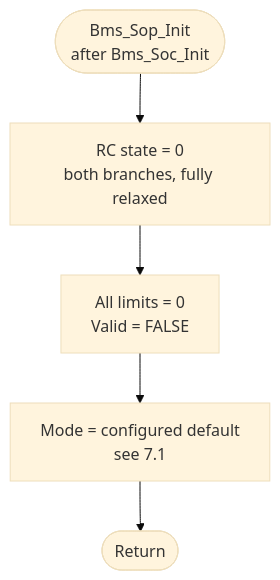
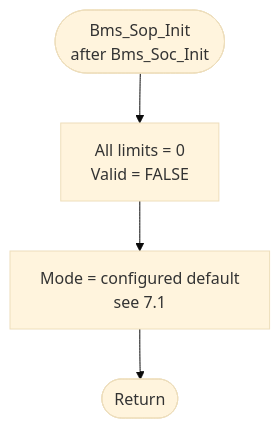
One commit to jsivolt/BMS_demo changed the sixth of 6 diagrams in src/battery/SOP_DESIGN.md. Above: the diagram before and after it, drawn with Mermaid (base theme). The commit also changed other lines of this file, not shown here.

````diff
--- a/src/battery/SOP_DESIGN.md
+++ b/src/battery/SOP_DESIGN.md
@@ -628,7 +476,6 @@
 ```mermaid
 flowchart TD
-    START(["Bms_Sop_Init<br/>after Bms_Soc_Init"]) --> RC["RC state = 0<br/>both branches, fully relaxed"]
-    RC --> ZERO["All limits = 0<br/>Valid = FALSE"]
+    START(["Bms_Sop_Init<br/>after Bms_Soc_Init"]) --> ZERO["All limits = 0<br/>Valid = FALSE"]
     ZERO --> MODE["Mode = configured default<br/>see 7.1"]
     MODE --> DONE(["Return"])
 ```
````
